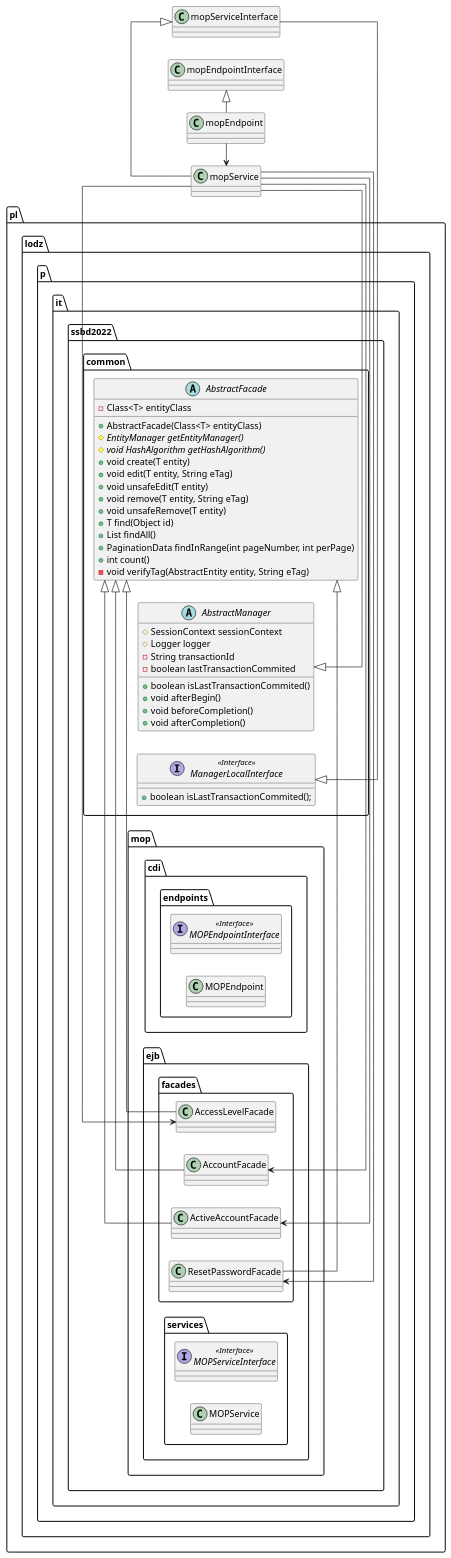
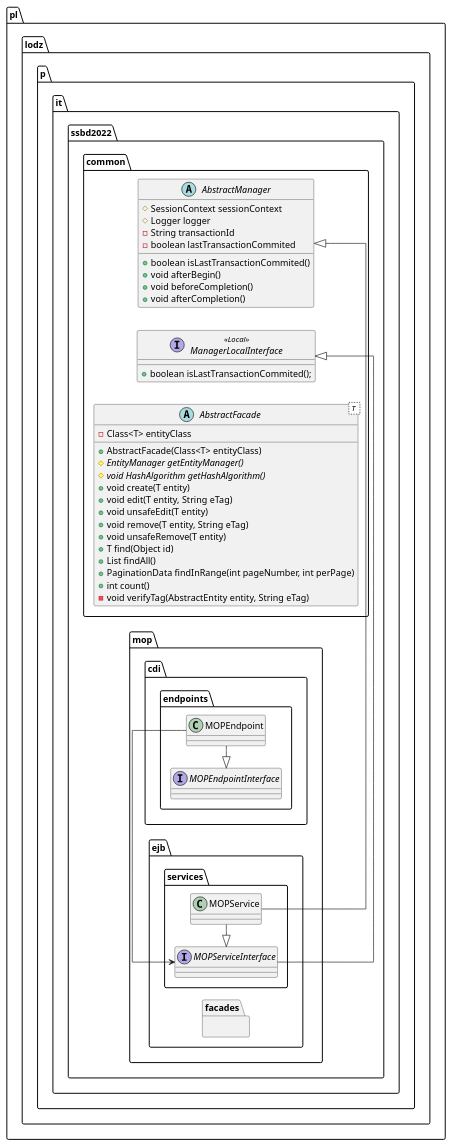
The diagram in src/rozdział 9/mop.puml (TheVivent-Politechnika-Lodzka/ssbd03_kic_uml), drawn with PlantUML before and after one commit. The commit also changed 1 other file, not shown here.

```diff
--- a/src/rozdział 9/mop.puml
+++ b/src/rozdział 9/mop.puml
@@ -1,100 +1,92 @@
 @startuml mop_ejb_cdi_diagram
 left to right direction
 skinparam linetype ortho
 
 package pl.lodz.p.it.ssbd2022.common {
-    abstract class AbstractFacade {
+    abstract class AbstractFacade< T  > {
         -Class<T> entityClass
         +AbstractFacade(Class<T> entityClass)
         #{abstract} EntityManager getEntityManager()
         #{abstract} void HashAlgorithm getHashAlgorithm()
         +void create(T entity)
         +void edit(T entity, String eTag)
         +void unsafeEdit(T entity)
         +void remove(T entity, String eTag)
         +void unsafeRemove(T entity)
         +T find(Object id)
         +List findAll()
         +PaginationData findInRange(int pageNumber, int perPage)
         +int count()
         -void verifyTag(AbstractEntity entity, String eTag)
     }
 
     abstract class AbstractManager {
         #SessionContext sessionContext
         #Logger logger
         -String transactionId
         -boolean lastTransactionCommited
         +boolean isLastTransactionCommited()
         +void afterBegin()
         +void beforeCompletion()
         +void afterCompletion()
     }
 
-    interface ManagerLocalInterface <<Interface>> {
+    interface ManagerLocalInterface <<Local>> {
         +boolean isLastTransactionCommited();
     }
 }
 
 
 package pl.lodz.p.it.ssbd2022.mop {
 
     ' ENDPOINTY
     package cdi.endpoints {
-        interface MOPEndpointInterface <<Interface>> {
+        interface MOPEndpointInterface {
         }
 
         class MOPEndpoint {
                 
         }           
     }
 
     ' FASADY
     package ejb.facades {
 
-        class AccessLevelFacade {}
-
-        class AccountFacade {}
-        
-        class ActiveAccountFacade {}
-
-        class ResetPasswordFacade {}
-
     }
 
     ' SERWISY
     package ejb.services {
 
-        interface MOPServiceInterface <<Interface>> {}
+        interface MOPServiceInterface {}
 
         class MOPService {}
 
     }
     
 }
 
 ' extend fasad
-AbstractFacade <|- AccessLevelFacade
-AbstractFacade <|- AccountFacade
-AbstractFacade <|- ActiveAccountFacade
-AbstractFacade <|- ResetPasswordFacade
+' AbstractFacade <|- AccessLevelFacade
+' AbstractFacade <|- AccountFacade
+' AbstractFacade <|- ActiveAccountFacade
+' AbstractFacade <|- ResetPasswordFacade
 
 ' extend/implement serwis
-AbstractManager <|- mopService
-ManagerLocalInterface <|- mopServiceInterface
-mopServiceInterface <|- mopService
+AbstractManager <|- MOPService
+ManagerLocalInterface <|- MOPServiceInterface
+MOPServiceInterface <|- MOPService
 
 ' implement endpoint
-mopEndpointInterface <|- mopEndpoint
+MOPEndpointInterface <|- MOPEndpoint
 
 ' wykorzystanie serwisu przez endpoint
-mopEndpoint -> mopService
+MOPEndpoint -> MOPServiceInterface
 
 ' wykorzystanie fasady przez serwis
-mopService -> AccessLevelFacade
-mopService -> AccountFacade
-mopService -> ActiveAccountFacade
-mopService -> ResetPasswordFacade
+' mopService -> AccessLevelFacade
+' mopService -> AccountFacade
+' mopService -> ActiveAccountFacade
+' mopService -> ResetPasswordFacade
 
 
 @enduml
```
